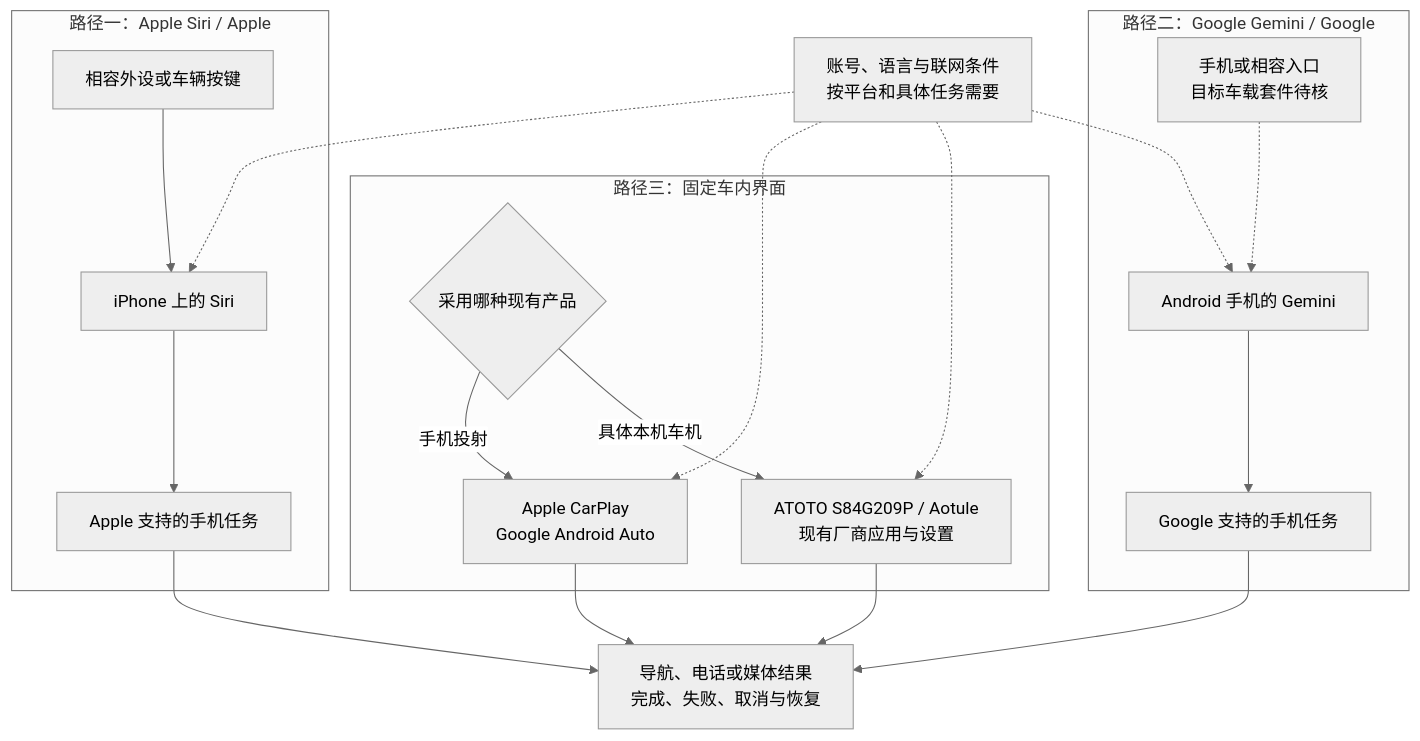
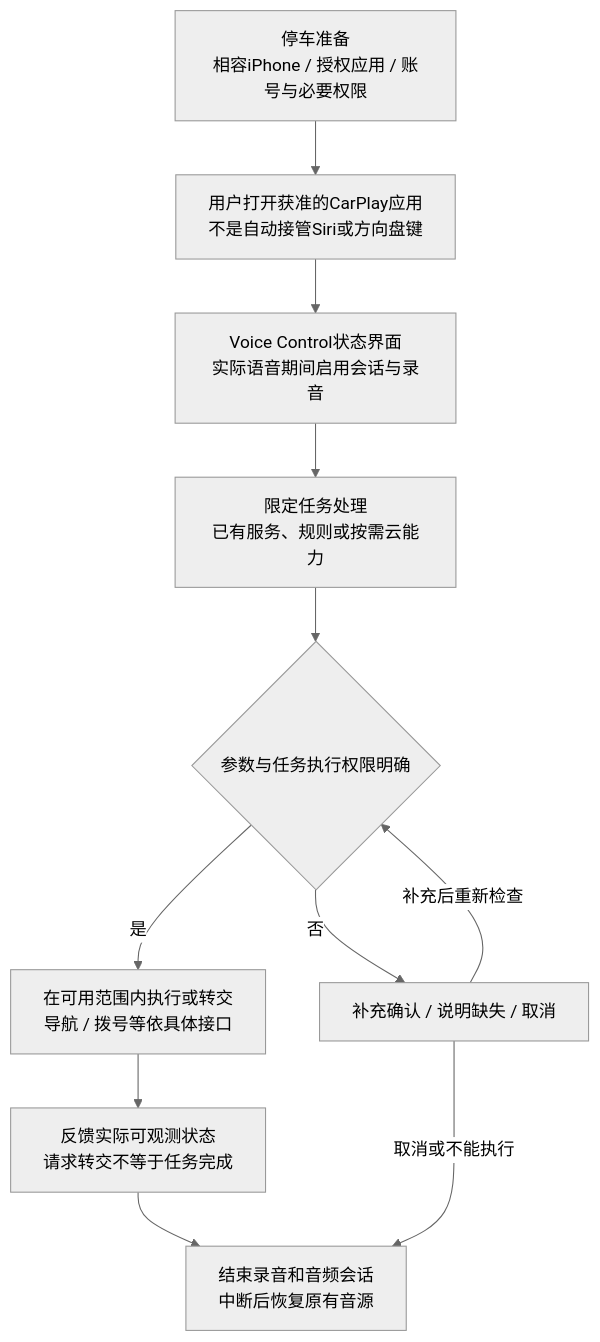
Before and after one commit to DreamSoul-AI/in-vehicle-ai-research: the diagram in dist/diagrams/fig-03.mmd, drawn with Mermaid (neutral theme). The commit also changed 45 other files, not shown here.

Commit message:
Deepen CarPlay integration routes and Android Auto comparison

```diff
--- a/dist/diagrams/fig-03.mmd
+++ b/dist/diagrams/fig-03.mmd
@@ -1,30 +1,16 @@
-%% title: 三种现有平台接入路径
-%% 分析示意；Gemini目标车载外设入口待核，不代表所有蓝牙套件兼容。
-%% 来源 https://support.apple.com/en-ie/guide/iphone/iph0aa8c80e6/27/ios/27
-%% 来源 https://support.google.com/gemini/answer/15456140?hl=en
-%% 来源 https://support.google.com/gemini/answer/16735982?hl=en
-%% 来源 https://www.atotodirect.com/en-gb/pages/manual-460-en
+%% title: 可选CarPlay语音应用的完整任务流程
+%% 分析示意；这是需要新增软件或合作的路线，不是已具备能力。
+%% 来源 https://developer.apple.com/carplay/
+%% 来源 https://developer.apple.com/download/files/CarPlay-Developer-Guide.pdf
+%% 来源 https://developer.apple.com/videos/play/wwdc2026/212/
 flowchart TB
-  subgraph A["路径一：Apple Siri / Apple"]
-    A1["相容外设或车辆按键"] --> A2["iPhone 上的 Siri"]
-    A2 --> A3["Apple 支持的手机任务"]
-  end
-  subgraph B["路径二：Google Gemini / Google"]
-    B1["手机或相容入口<br/>目标车载套件待核"] -.-> B2["Android 手机的 Gemini"]
-    B2 --> B3["Google 支持的手机任务"]
-  end
-  subgraph C["路径三：固定车内界面"]
-    C1{"采用哪种现有产品"}
-    C1 -->|"手机投射"| C2["Apple CarPlay<br/>Google Android Auto"]
-    C1 -->|"具体本机车机"| C3["ATOTO S84G209P / Aotule<br/>现有厂商应用与设置"]
-  end
-  SERVICE["账号、语言与联网条件<br/>按平台和具体任务需要"]
-  RESULT["导航、电话或媒体结果<br/>完成、失败、取消与恢复"]
-  SERVICE -.-> A2
-  SERVICE -.-> B2
-  SERVICE -.-> C2
-  SERVICE -.-> C3
-  A3 --> RESULT
-  B3 --> RESULT
-  C2 --> RESULT
-  C3 --> RESULT
+  SETUP["停车准备<br/>相容iPhone / 授权应用 / 账号与必要权限"] --> ENTRY["用户打开获准的CarPlay应用<br/>不是自动接管Siri或方向盘键"]
+  ENTRY --> LISTEN["Voice Control状态界面<br/>实际语音期间启用会话与录音"]
+  LISTEN --> TASK["限定任务处理<br/>已有服务、规则或按需云能力"]
+  TASK --> CHECK{"参数与任务执行权限明确"}
+  CHECK -->|"是"| ACTION["在可用范围内执行或转交<br/>导航 / 拨号等依具体接口"]
+  CHECK -->|"否"| CONFIRM["补充确认 / 说明缺失 / 取消"]
+  CONFIRM -->|"补充后重新检查"| CHECK
+  ACTION --> RESULT["反馈实际可观测状态<br/>请求转交不等于任务完成"]
+  RESULT --> END["结束录音和音频会话<br/>中断后恢复原有音源"]
+  CONFIRM -->|"取消或不能执行"| END
```
